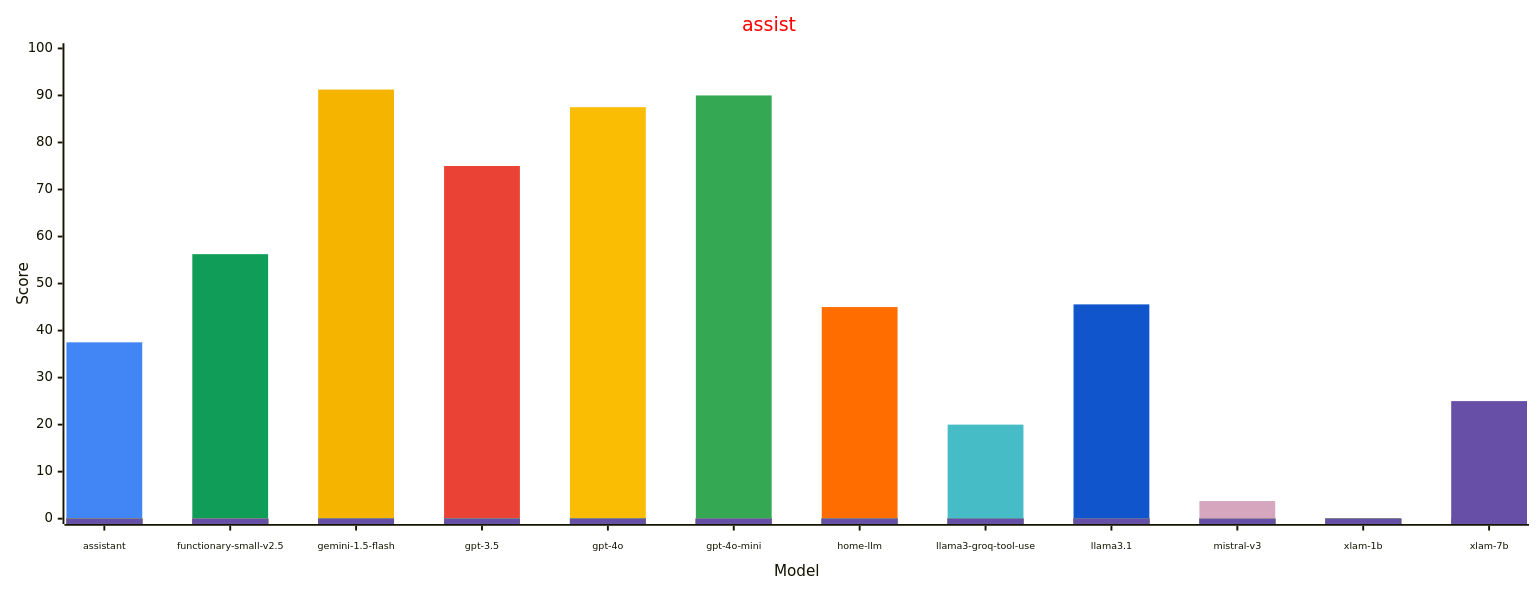
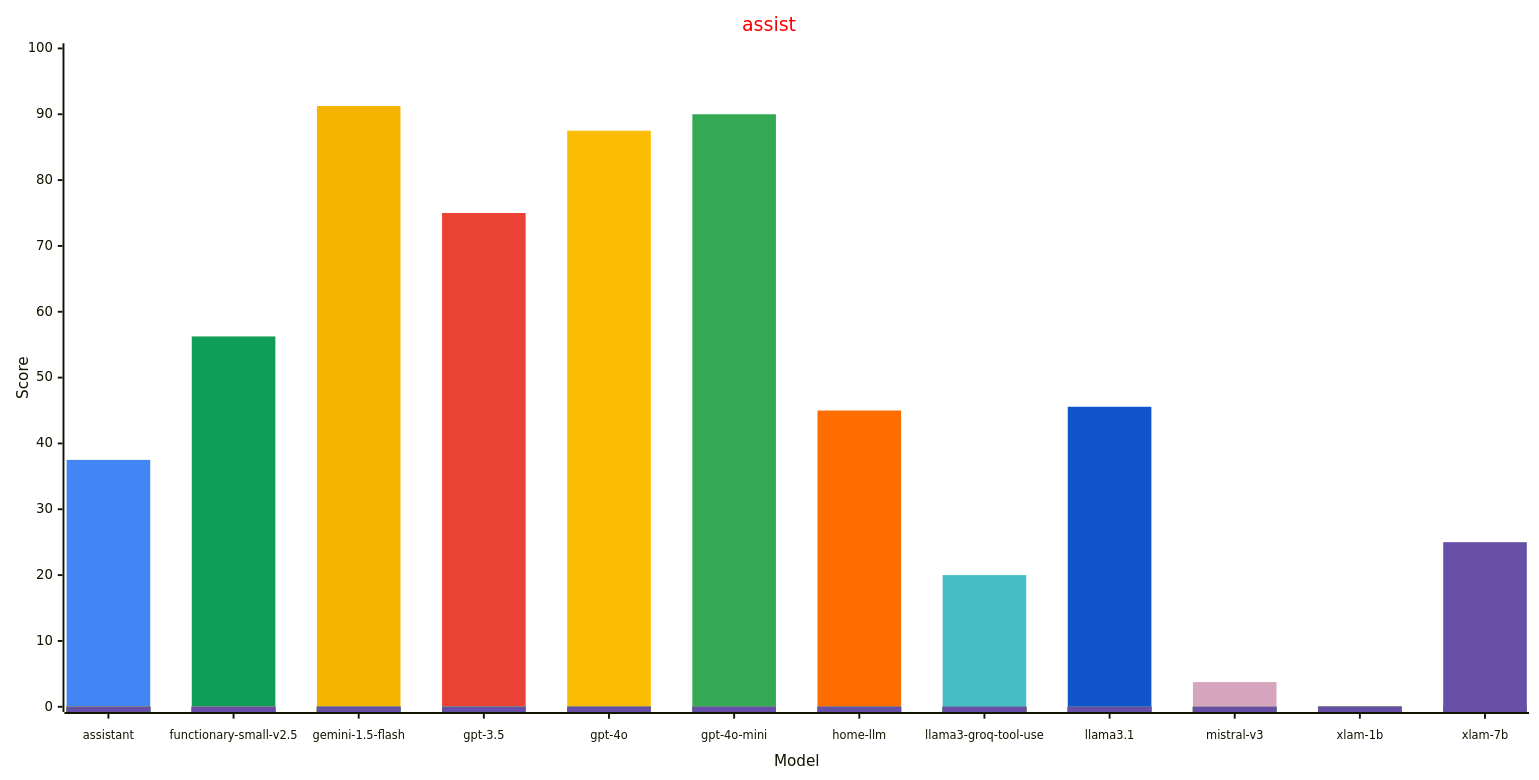
One commit to allenporter/home-assistant-datasets changed the first of 3 diagrams in reports/leaderboard.md. Above: the diagram before and after it, drawn with Mermaid. The commit also changed other lines of this file, not shown here.

````diff
--- a/reports/leaderboard.md
+++ b/reports/leaderboard.md
@@ -16,32 +16,32 @@
 ```mermaid
 ---
 config:
     xyChart:
         width: 1600
-        height: 600
+        height: 800
         xAxis:
-          labelFontSize: 10
+          labelFontSize: 12
           labelPadding: 10
     themeVariables:
         xyChart:
             titleColor: "#ff0000"
             plotColorPalette: "#4285f4, #0F9D58, #f4b400, #ea4335, #fbbc04, #34a853, #ff6d01, #46bdc6, #1155cc, #d5a6bd, #6aa84f, #674ea7"
 
 ---
 xychart-beta
   title "assist"
   x-axis "Model" [assistant, functionary-small-v2.5, gemini-1.5-flash, gpt-3.5, gpt-4o, gpt-4o-mini, home-llm, llama3-groq-tool-use, llama3.1, mistral-v3, xlam-1b, xlam-7b]
   y-axis "Score" 0 --> 100
   bar [37.5, 0, 0, 0, 0, 0, 0, 0, 0, 0, 0, 0]
   bar [0, 56.25, 0, 0, 0, 0, 0, 0, 0, 0, 0, 0]
   bar [0, 0, 91.25, 0, 0, 0, 0, 0, 0, 0, 0, 0]
   bar [0, 0, 0, 75.0, 0, 0, 0, 0, 0, 0, 0, 0]
   bar [0, 0, 0, 0, 87.5, 0, 0, 0, 0, 0, 0, 0]
   bar [0, 0, 0, 0, 0, 90.0, 0, 0, 0, 0, 0, 0]
   bar [0, 0, 0, 0, 0, 0, 45.0, 0, 0, 0, 0, 0]
   bar [0, 0, 0, 0, 0, 0, 0, 20.0, 0, 0, 0, 0]
   bar [0, 0, 0, 0, 0, 0, 0, 0, 45.57, 0, 0, 0]
   bar [0, 0, 0, 0, 0, 0, 0, 0, 0, 3.75, 0, 0]
   bar [0, 0, 0, 0, 0, 0, 0, 0, 0, 0, 0, 0]
   bar [0, 0, 0, 0, 0, 0, 0, 0, 0, 0, 0, 25.0]
 ```
````
